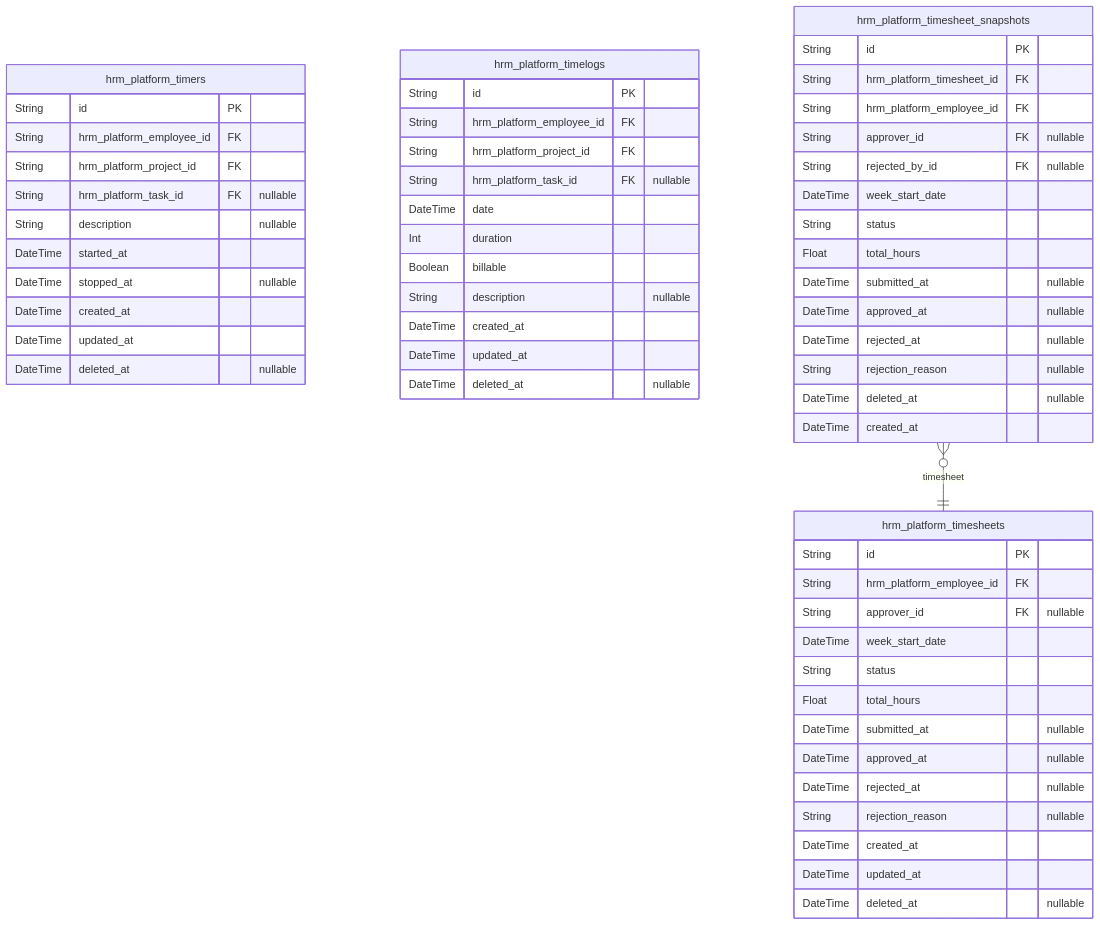
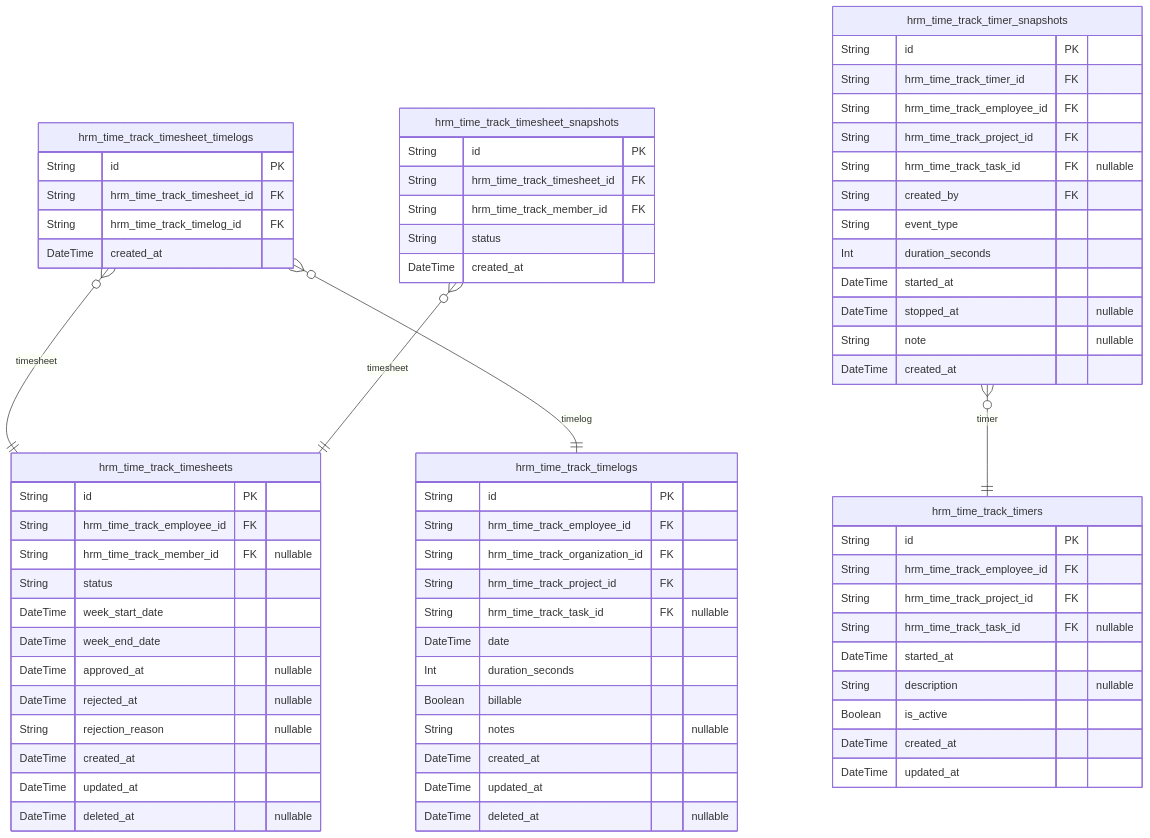
Before and after one commit to wrtnlabs/autobe-examples: the fourth of 5 diagrams in qwen/qwen3.5-27b/erp/docs/ERD.md, drawn with Mermaid. The commit also changed other lines of this file and 32093 other files, not shown here.

````diff
--- a/qwen/qwen3.5-27b/erp/docs/ERD.md
+++ b/qwen/qwen3.5-27b/erp/docs/ERD.md
@@ -1527,60 +1302,73 @@
 ```mermaid
 erDiagram
-"hrm_platform_timers" {
+"hrm_time_track_timelogs" {
   String id PK
-  String hrm_platform_employee_id FK
-  String hrm_platform_project_id FK
-  String hrm_platform_task_id FK "nullable"
-  String description "nullable"
-  DateTime started_at
-  DateTime stopped_at "nullable"
+  String hrm_time_track_employee_id FK
+  String hrm_time_track_organization_id FK
+  String hrm_time_track_project_id FK
+  String hrm_time_track_task_id FK "nullable"
+  DateTime date
+  Int duration_seconds
+  Boolean billable
+  String notes "nullable"
   DateTime created_at
   DateTime updated_at
   DateTime deleted_at "nullable"
 }
-"hrm_platform_timelogs" {
+"hrm_time_track_timesheets" {
   String id PK
-  String hrm_platform_employee_id FK
-  String hrm_platform_project_id FK
-  String hrm_platform_task_id FK "nullable"
-  DateTime date
-  Int duration
-  Boolean billable
-  String description "nullable"
-  DateTime created_at
-  DateTime updated_at
-  DateTime deleted_at "nullable"
-}
-"hrm_platform_timesheets" {
-  String id PK
-  String hrm_platform_employee_id FK
-  String approver_id FK "nullable"
+  String hrm_time_track_employee_id FK
+  String hrm_time_track_member_id FK "nullable"
+  String status
   DateTime week_start_date
-  String status
-  Float total_hours
-  DateTime submitted_at "nullable"
+  DateTime week_end_date
   DateTime approved_at "nullable"
   DateTime rejected_at "nullable"
   String rejection_reason "nullable"
   DateTime created_at
   DateTime updated_at
   DateTime deleted_at "nullable"
 }
-"hrm_platform_timesheet_snapshots" {
+"hrm_time_track_timesheet_timelogs" {
   String id PK
-  String hrm_platform_timesheet_id FK
-  String hrm_platform_employee_id FK
-  String approver_id FK "nullable"
-  String rejected_by_id FK "nullable"
-  DateTime week_start_date
-  String status
-  Float total_hours
-  DateTime submitted_at "nullable"
-  DateTime approved_at "nullable"
-  DateTime rejected_at "nullable"
-  String rejection_reason "nullable"
-  DateTime deleted_at "nullable"
+  String hrm_time_track_timesheet_id FK
+  String hrm_time_track_timelog_id FK
   DateTime created_at
 }
-"hrm_platform_timesheet_snapshots" }o--|| "hrm_platform_timesheets" : timesheet
+"hrm_time_track_timers" {
+  String id PK
+  String hrm_time_track_employee_id FK
+  String hrm_time_track_project_id FK
+  String hrm_time_track_task_id FK "nullable"
+  DateTime started_at
+  String description "nullable"
+  Boolean is_active
+  DateTime created_at
+  DateTime updated_at
+}
+"hrm_time_track_timesheet_snapshots" {
+  String id PK
+  String hrm_time_track_timesheet_id FK
+  String hrm_time_track_member_id FK
+  String status
+  DateTime created_at
+}
+"hrm_time_track_timer_snapshots" {
+  String id PK
+  String hrm_time_track_timer_id FK
+  String hrm_time_track_employee_id FK
+  String hrm_time_track_project_id FK
+  String hrm_time_track_task_id FK "nullable"
+  String created_by FK
+  String event_type
+  Int duration_seconds
+  DateTime started_at
+  DateTime stopped_at "nullable"
+  String note "nullable"
+  DateTime created_at
+}
+"hrm_time_track_timesheet_timelogs" }o--|| "hrm_time_track_timesheets" : timesheet
+"hrm_time_track_timesheet_timelogs" }o--|| "hrm_time_track_timelogs" : timelog
+"hrm_time_track_timesheet_snapshots" }o--|| "hrm_time_track_timesheets" : timesheet
+"hrm_time_track_timer_snapshots" }o--|| "hrm_time_track_timers" : timer
 ```
````
